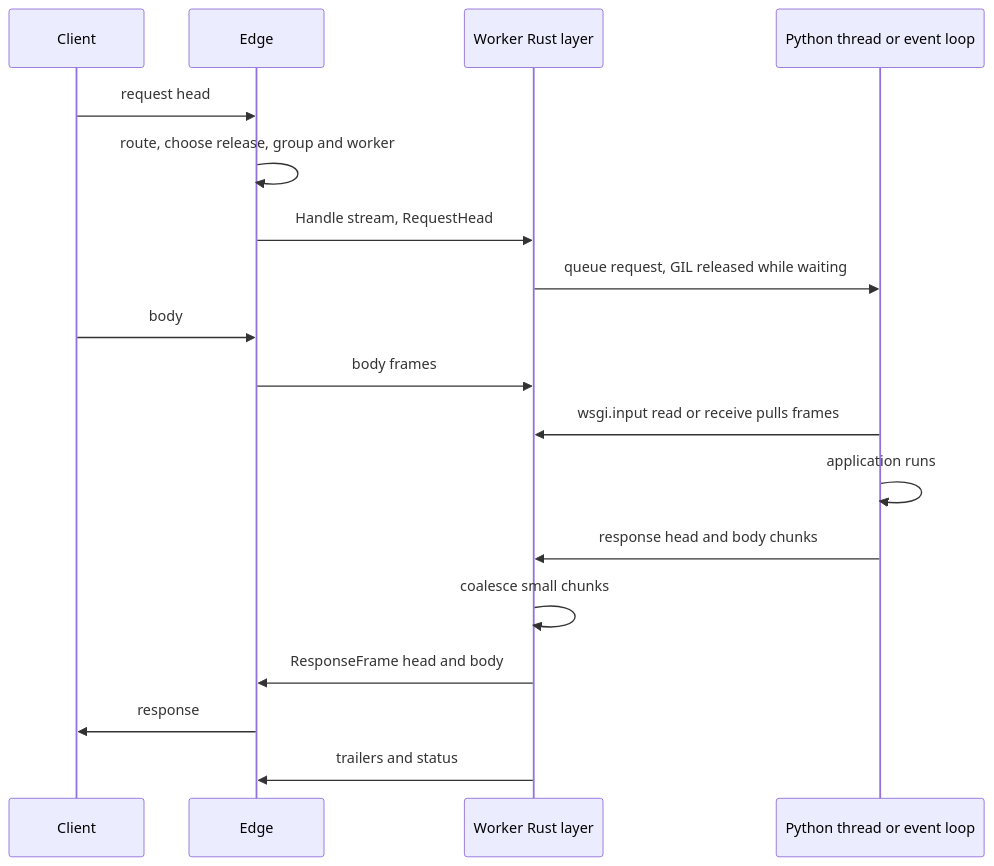
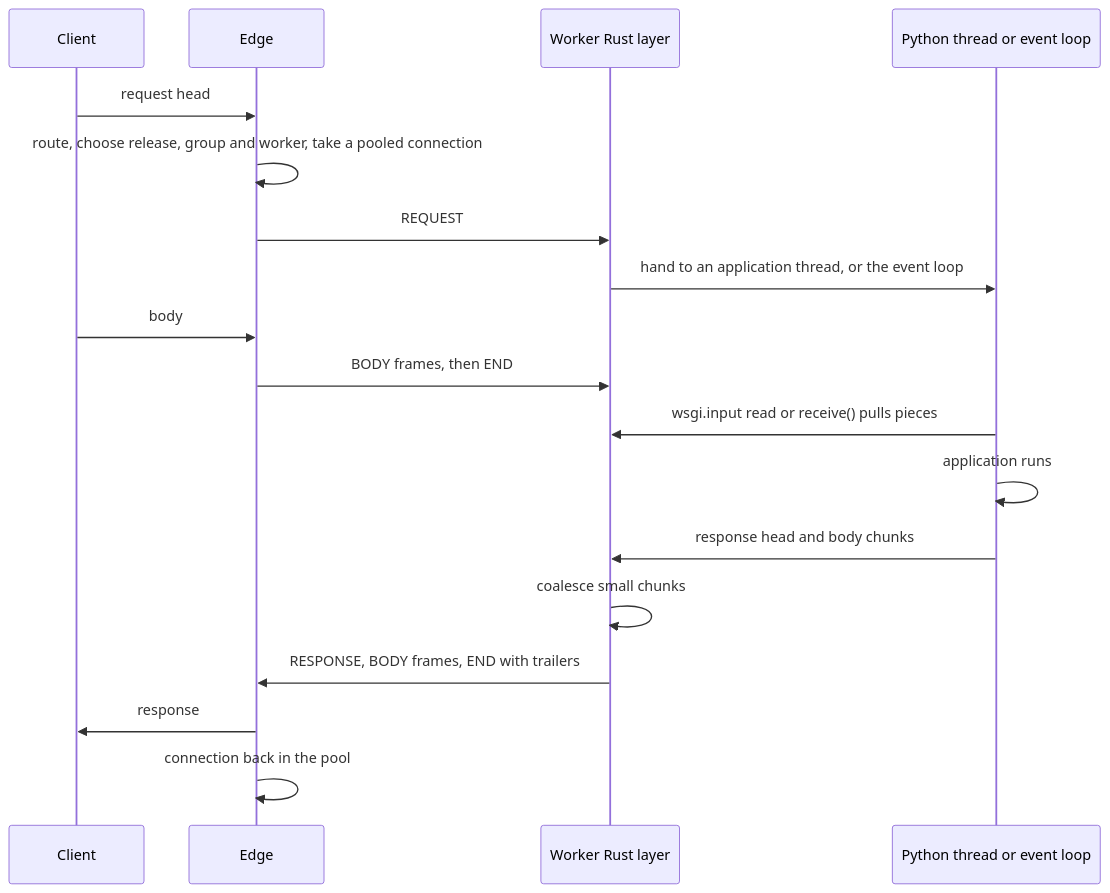
The diagram in docs/project/design/05-worker-protocol.md (GrahamDumpleton/muru), drawn with Mermaid before and after one commit. The commit also changed other lines of this file and 59 other files, not shown here.

First line of the commit message:
Phase 0 spike: the framed worker link, WSGI bridge and benchmark harness (#28)

````diff
--- a/docs/project/design/05-worker-protocol.md
+++ b/docs/project/design/05-worker-protocol.md
@@ -71,20 +69,20 @@
 ```mermaid
 sequenceDiagram
   participant C as Client
   participant E as Edge
   participant W as Worker Rust layer
   participant T as Python thread or event loop
   C->>E: request head
-  E->>E: route, choose release, group and worker
-  E->>W: Handle stream, RequestHead
-  W->>T: queue request, GIL released while waiting
+  E->>E: route, choose release, group and worker, take a pooled connection
+  E->>W: REQUEST
+  W->>T: hand to an application thread, or the event loop
   C->>E: body
-  E->>W: body frames
-  T->>W: wsgi.input read or receive pulls frames
+  E->>W: BODY frames, then END
+  T->>W: wsgi.input read or receive() pulls pieces
   T->>T: application runs
   T->>W: response head and body chunks
   W->>W: coalesce small chunks
-  W->>E: ResponseFrame head and body
+  W->>E: RESPONSE, BODY frames, END with trailers
   E->>C: response
-  W->>E: trailers and status
+  E->>E: connection back in the pool
 ```
````
